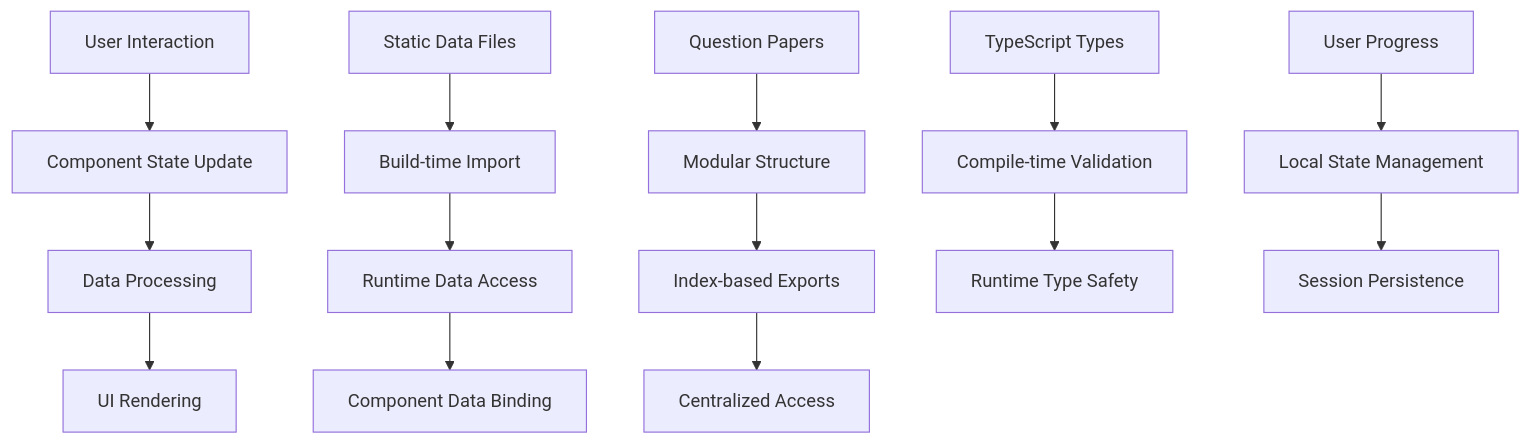
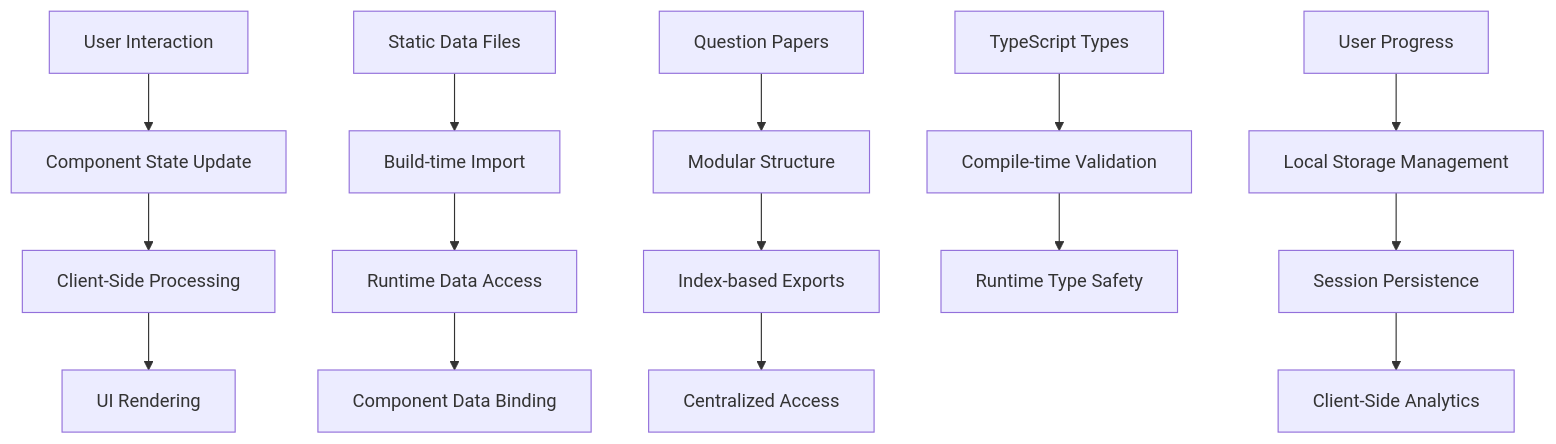
Before and after one commit to SunenaB3504/CTET-Study: the diagram in docs/ARCHITECTURE.md, drawn with Mermaid. The commit also changed other lines of this file and 18 other files, not shown here.

````diff
--- a/docs/ARCHITECTURE.md
+++ b/docs/ARCHITECTURE.md
@@ -220,20 +237,21 @@
 ```mermaid
 graph TD
     A[User Interaction] --> B[Component State Update]
-    B --> C[Data Processing]
+    B --> C[Client-Side Processing]
     C --> D[UI Rendering]
 
     E[Static Data Files] --> F[Build-time Import]
     F --> G[Runtime Data Access]
     G --> H[Component Data Binding]
 
     I[Question Papers] --> J[Modular Structure]
     J --> K[Index-based Exports]
     K --> L[Centralized Access]
 
     M[TypeScript Types] --> N[Compile-time Validation]
     N --> O[Runtime Type Safety]
 
-    P[User Progress] --> Q[Local State Management]
+    P[User Progress] --> Q[Local Storage Management]
     Q --> R[Session Persistence]
+    R --> S[Client-Side Analytics]
 ```
````
